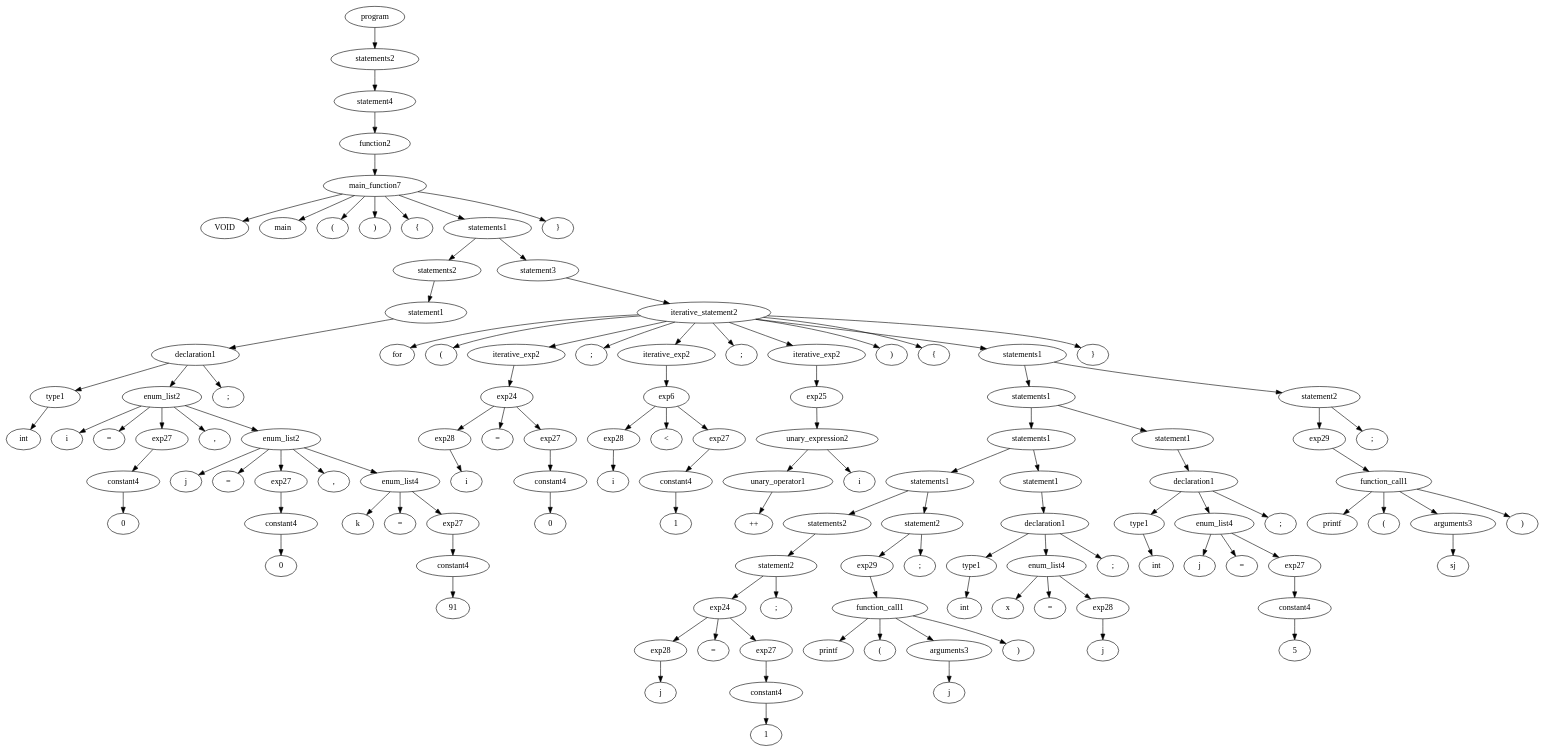
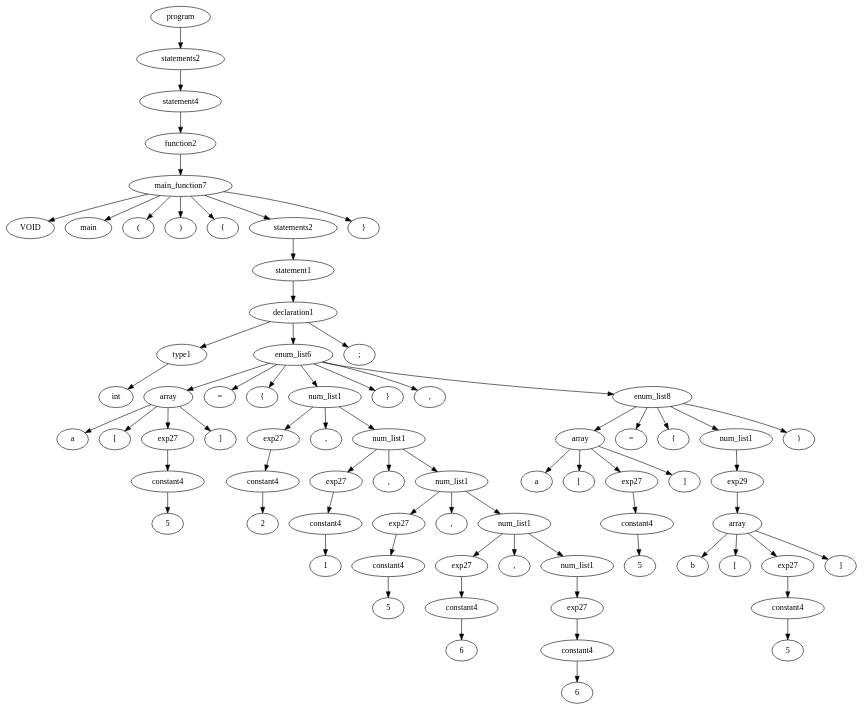
One commit to sumedhm/compilers changed the diagram in project/parse_tree.dot. Above: the diagram before and after it, drawn with Graphviz. The commit also changed 13 other files, not shown here.

```diff
--- a/project/parse_tree.dot
+++ b/project/parse_tree.dot
@@ -19,230 +19,132 @@
 4 -> 8 ; 
 9 [label=" { "]; 
 4 -> 9 ; 
-10 [label=" statements1 "]; 
+10 [label=" statements2 "]; 
 4 -> 10 ; 
-11 [label=" statements2 "]; 
+11 [label=" statement1 "]; 
 10 -> 11 ; 
-12 [label=" statement1 "]; 
+12 [label=" declaration1 "]; 
 11 -> 12 ; 
-13 [label=" declaration1 "]; 
+13 [label=" type1 "]; 
 12 -> 13 ; 
-14 [label=" type1 "]; 
+14 [label=" int "]; 
 13 -> 14 ; 
-15 [label=" int "]; 
-14 -> 15 ; 
-16 [label=" enum_list2 "]; 
-13 -> 16 ; 
-17 [label=" i "]; 
+15 [label=" enum_list6 "]; 
+12 -> 15 ; 
+16 [label=" array "]; 
+15 -> 16 ; 
+17 [label=" a "]; 
 16 -> 17 ; 
-18 [label=" = "]; 
+18 [label=" [ "]; 
 16 -> 18 ; 
 19 [label=" exp27 "]; 
 16 -> 19 ; 
 20 [label=" constant4 "]; 
 19 -> 20 ; 
-21 [label=" 0 "]; 
+21 [label=" 5 "]; 
 20 -> 21 ; 
-22 [label=" , "]; 
+22 [label=" ] "]; 
 16 -> 22 ; 
-23 [label=" enum_list2 "]; 
-16 -> 23 ; 
-24 [label=" j "]; 
-23 -> 24 ; 
-25 [label=" = "]; 
-23 -> 25 ; 
+23 [label=" = "]; 
+15 -> 23 ; 
+24 [label=" { "]; 
+15 -> 24 ; 
+25 [label=" num_list1 "]; 
+15 -> 25 ; 
 26 [label=" exp27 "]; 
-23 -> 26 ; 
+25 -> 26 ; 
 27 [label=" constant4 "]; 
 26 -> 27 ; 
-28 [label=" 0 "]; 
+28 [label=" 2 "]; 
 27 -> 28 ; 
 29 [label=" , "]; 
-23 -> 29 ; 
-30 [label=" enum_list4 "]; 
-23 -> 30 ; 
-31 [label=" k "]; 
+25 -> 29 ; 
+30 [label=" num_list1 "]; 
+25 -> 30 ; 
+31 [label=" exp27 "]; 
 30 -> 31 ; 
-32 [label=" = "]; 
-30 -> 32 ; 
-33 [label=" exp27 "]; 
-30 -> 33 ; 
-34 [label=" constant4 "]; 
-33 -> 34 ; 
-35 [label=" 91 "]; 
-34 -> 35 ; 
-36 [label=" ; "]; 
-13 -> 36 ; 
-37 [label=" statement3 "]; 
-10 -> 37 ; 
-38 [label=" iterative_statement2 "]; 
+32 [label=" constant4 "]; 
+31 -> 32 ; 
+33 [label=" 1 "]; 
+32 -> 33 ; 
+34 [label=" , "]; 
+30 -> 34 ; 
+35 [label=" num_list1 "]; 
+30 -> 35 ; 
+36 [label=" exp27 "]; 
+35 -> 36 ; 
+37 [label=" constant4 "]; 
+36 -> 37 ; 
+38 [label=" 5 "]; 
 37 -> 38 ; 
-39 [label=" for "]; 
-38 -> 39 ; 
-40 [label=" ( "]; 
-38 -> 40 ; 
-41 [label=" iterative_exp2 "]; 
-38 -> 41 ; 
-42 [label=" exp24 "]; 
+39 [label=" , "]; 
+35 -> 39 ; 
+40 [label=" num_list1 "]; 
+35 -> 40 ; 
+41 [label=" exp27 "]; 
+40 -> 41 ; 
+42 [label=" constant4 "]; 
 41 -> 42 ; 
-43 [label=" exp28 "]; 
+43 [label=" 6 "]; 
 42 -> 43 ; 
-44 [label=" i "]; 
-43 -> 44 ; 
-45 [label=" = "]; 
-42 -> 45 ; 
+44 [label=" , "]; 
+40 -> 44 ; 
+45 [label=" num_list1 "]; 
+40 -> 45 ; 
 46 [label=" exp27 "]; 
-42 -> 46 ; 
+45 -> 46 ; 
 47 [label=" constant4 "]; 
 46 -> 47 ; 
-48 [label=" 0 "]; 
+48 [label=" 6 "]; 
 47 -> 48 ; 
-49 [label=" ; "]; 
-38 -> 49 ; 
-50 [label=" iterative_exp2 "]; 
-38 -> 50 ; 
-51 [label=" exp6 "]; 
-50 -> 51 ; 
-52 [label=" exp28 "]; 
+49 [label=" } "]; 
+15 -> 49 ; 
+50 [label=" , "]; 
+15 -> 50 ; 
+51 [label=" enum_list8 "]; 
+15 -> 51 ; 
+52 [label=" array "]; 
 51 -> 52 ; 
-53 [label=" i "]; 
+53 [label=" a "]; 
 52 -> 53 ; 
-54 [label=" < "]; 
-51 -> 54 ; 
+54 [label=" [ "]; 
+52 -> 54 ; 
 55 [label=" exp27 "]; 
-51 -> 55 ; 
+52 -> 55 ; 
 56 [label=" constant4 "]; 
 55 -> 56 ; 
-57 [label=" 1 "]; 
+57 [label=" 5 "]; 
 56 -> 57 ; 
-58 [label=" ; "]; 
-38 -> 58 ; 
-59 [label=" iterative_exp2 "]; 
-38 -> 59 ; 
-60 [label=" exp25 "]; 
-59 -> 60 ; 
-61 [label=" unary_expression2 "]; 
-60 -> 61 ; 
-62 [label=" unary_operator1 "]; 
+58 [label=" ] "]; 
+52 -> 58 ; 
+59 [label=" = "]; 
+51 -> 59 ; 
+60 [label=" { "]; 
+51 -> 60 ; 
+61 [label=" num_list1 "]; 
+51 -> 61 ; 
+62 [label=" exp29 "]; 
 61 -> 62 ; 
-63 [label=" ++ "]; 
+63 [label=" array "]; 
 62 -> 63 ; 
-64 [label=" i "]; 
-61 -> 64 ; 
-65 [label=" ) "]; 
-38 -> 65 ; 
-66 [label=" { "]; 
-38 -> 66 ; 
-67 [label=" statements1 "]; 
-38 -> 67 ; 
-68 [label=" statements1 "]; 
+64 [label=" b "]; 
+63 -> 64 ; 
+65 [label=" [ "]; 
+63 -> 65 ; 
+66 [label=" exp27 "]; 
+63 -> 66 ; 
+67 [label=" constant4 "]; 
+66 -> 67 ; 
+68 [label=" 5 "]; 
 67 -> 68 ; 
-69 [label=" statements1 "]; 
-68 -> 69 ; 
-70 [label=" statements1 "]; 
-69 -> 70 ; 
-71 [label=" statements2 "]; 
-70 -> 71 ; 
-72 [label=" statement2 "]; 
-71 -> 72 ; 
-73 [label=" exp24 "]; 
-72 -> 73 ; 
-74 [label=" exp28 "]; 
-73 -> 74 ; 
-75 [label=" j "]; 
-74 -> 75 ; 
-76 [label=" = "]; 
-73 -> 76 ; 
-77 [label=" exp27 "]; 
-73 -> 77 ; 
-78 [label=" constant4 "]; 
-77 -> 78 ; 
-79 [label=" 1 "]; 
-78 -> 79 ; 
-80 [label=" ; "]; 
-72 -> 80 ; 
-81 [label=" statement2 "]; 
-70 -> 81 ; 
-82 [label=" exp29 "]; 
-81 -> 82 ; 
-83 [label=" function_call1 "]; 
-82 -> 83 ; 
-84 [label=" printf "]; 
-83 -> 84 ; 
-85 [label=" ( "]; 
-83 -> 85 ; 
-86 [label=" arguments3 "]; 
-83 -> 86 ; 
-87 [label=" j "]; 
-86 -> 87 ; 
-88 [label=" ) "]; 
-83 -> 88 ; 
-89 [label=" ; "]; 
-81 -> 89 ; 
-90 [label=" statement1 "]; 
-69 -> 90 ; 
-91 [label=" declaration1 "]; 
-90 -> 91 ; 
-92 [label=" type1 "]; 
-91 -> 92 ; 
-93 [label=" int "]; 
-92 -> 93 ; 
-94 [label=" enum_list4 "]; 
-91 -> 94 ; 
-95 [label=" x "]; 
-94 -> 95 ; 
-96 [label=" = "]; 
-94 -> 96 ; 
-97 [label=" exp28 "]; 
-94 -> 97 ; 
-98 [label=" j "]; 
-97 -> 98 ; 
-99 [label=" ; "]; 
-91 -> 99 ; 
-100 [label=" statement1 "]; 
-68 -> 100 ; 
-101 [label=" declaration1 "]; 
-100 -> 101 ; 
-102 [label=" type1 "]; 
-101 -> 102 ; 
-103 [label=" int "]; 
-102 -> 103 ; 
-104 [label=" enum_list4 "]; 
-101 -> 104 ; 
-105 [label=" j "]; 
-104 -> 105 ; 
-106 [label=" = "]; 
-104 -> 106 ; 
-107 [label=" exp27 "]; 
-104 -> 107 ; 
-108 [label=" constant4 "]; 
-107 -> 108 ; 
-109 [label=" 5 "]; 
-108 -> 109 ; 
-110 [label=" ; "]; 
-101 -> 110 ; 
-111 [label=" statement2 "]; 
-67 -> 111 ; 
-112 [label=" exp29 "]; 
-111 -> 112 ; 
-113 [label=" function_call1 "]; 
-112 -> 113 ; 
-114 [label=" printf "]; 
-113 -> 114 ; 
-115 [label=" ( "]; 
-113 -> 115 ; 
-116 [label=" arguments3 "]; 
-113 -> 116 ; 
-117 [label=" sj "]; 
-116 -> 117 ; 
-118 [label=" ) "]; 
-113 -> 118 ; 
-119 [label=" ; "]; 
-111 -> 119 ; 
-120 [label=" } "]; 
-38 -> 120 ; 
-121 [label=" } "]; 
-4 -> 121 ; 
+69 [label=" ] "]; 
+63 -> 69 ; 
+70 [label=" } "]; 
+51 -> 70 ; 
+71 [label=" ; "]; 
+12 -> 71 ; 
+72 [label=" } "]; 
+4 -> 72 ; 
 
 
 }
```
